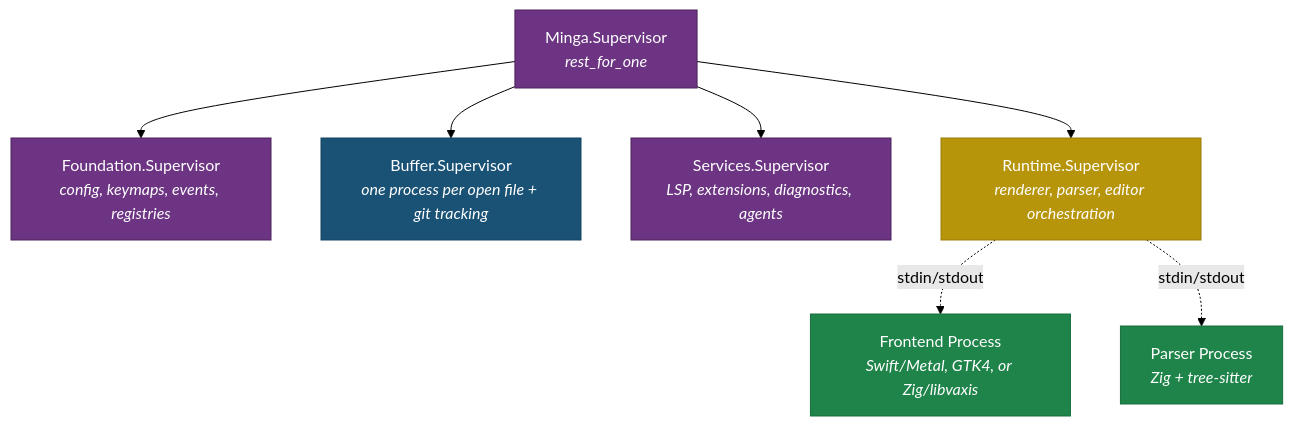
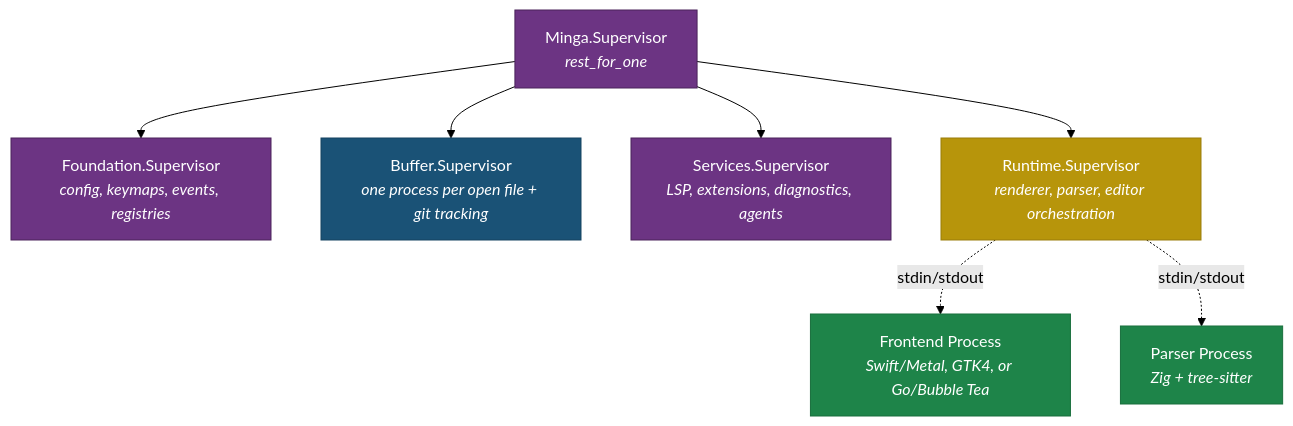
The second of 10 diagrams in docs/ARCHITECTURE.md (jsmestad/minga), drawn with Mermaid (forest theme) before and after one commit. The commit also changed other lines of this file and 40 other files, not shown here.

````diff
--- a/docs/ARCHITECTURE.md
+++ b/docs/ARCHITECTURE.md
@@ -141,20 +141,20 @@
 ```mermaid
 graph TD
     SUP["Minga.Supervisor<br/><i>rest_for_one</i>"]
 
     SUP --> FOUND["Foundation.Supervisor<br/><i>config, keymaps, events, registries</i>"]
     SUP --> BUFSUP["Buffer.Supervisor<br/><i>one process per open file + git tracking</i>"]
     SUP --> SVC["Services.Supervisor<br/><i>LSP, extensions, diagnostics, agents</i>"]
     SUP --> RT["Runtime.Supervisor<br/><i>renderer, parser, editor orchestration</i>"]
 
-    RT -. "stdin/stdout" .-> FE["Frontend Process<br/><i>Swift/Metal, GTK4, or Zig/libvaxis</i>"]
+    RT -. "stdin/stdout" .-> FE["Frontend Process<br/><i>Swift/Metal, GTK4, or Go/Bubble Tea</i>"]
     RT -. "stdin/stdout" .-> PARSER["Parser Process<br/><i>Zig + tree-sitter</i>"]
 
     style SUP fill:#6c3483,stroke:#4a235a,color:#fff
     style FOUND fill:#6c3483,stroke:#4a235a,color:#fff
     style BUFSUP fill:#1a5276,stroke:#154360,color:#fff
     style SVC fill:#6c3483,stroke:#4a235a,color:#fff
     style RT fill:#b7950b,stroke:#9a7d0a,color:#fff
     style FE fill:#1e8449,stroke:#196f3d,color:#fff
     style PARSER fill:#1e8449,stroke:#196f3d,color:#fff
 ```
````
